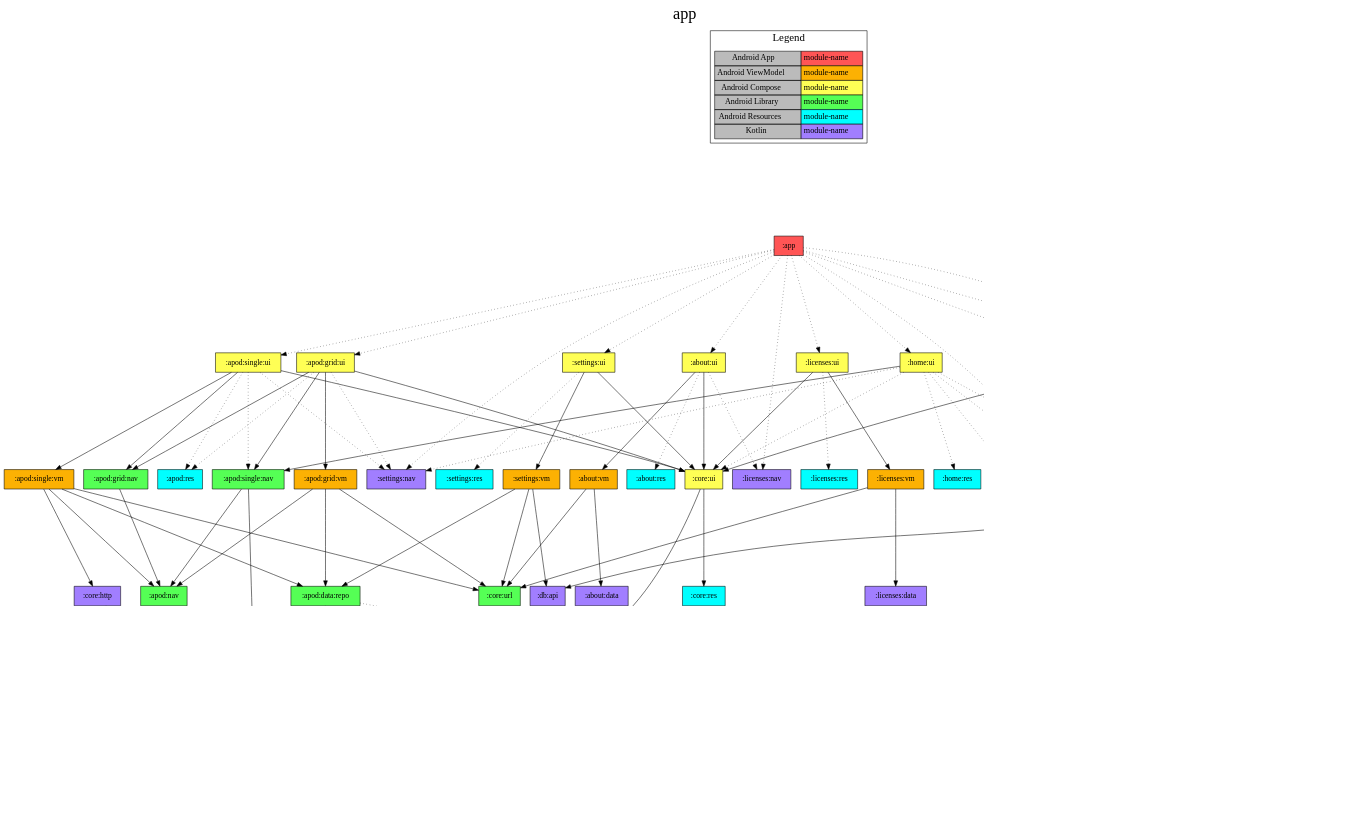
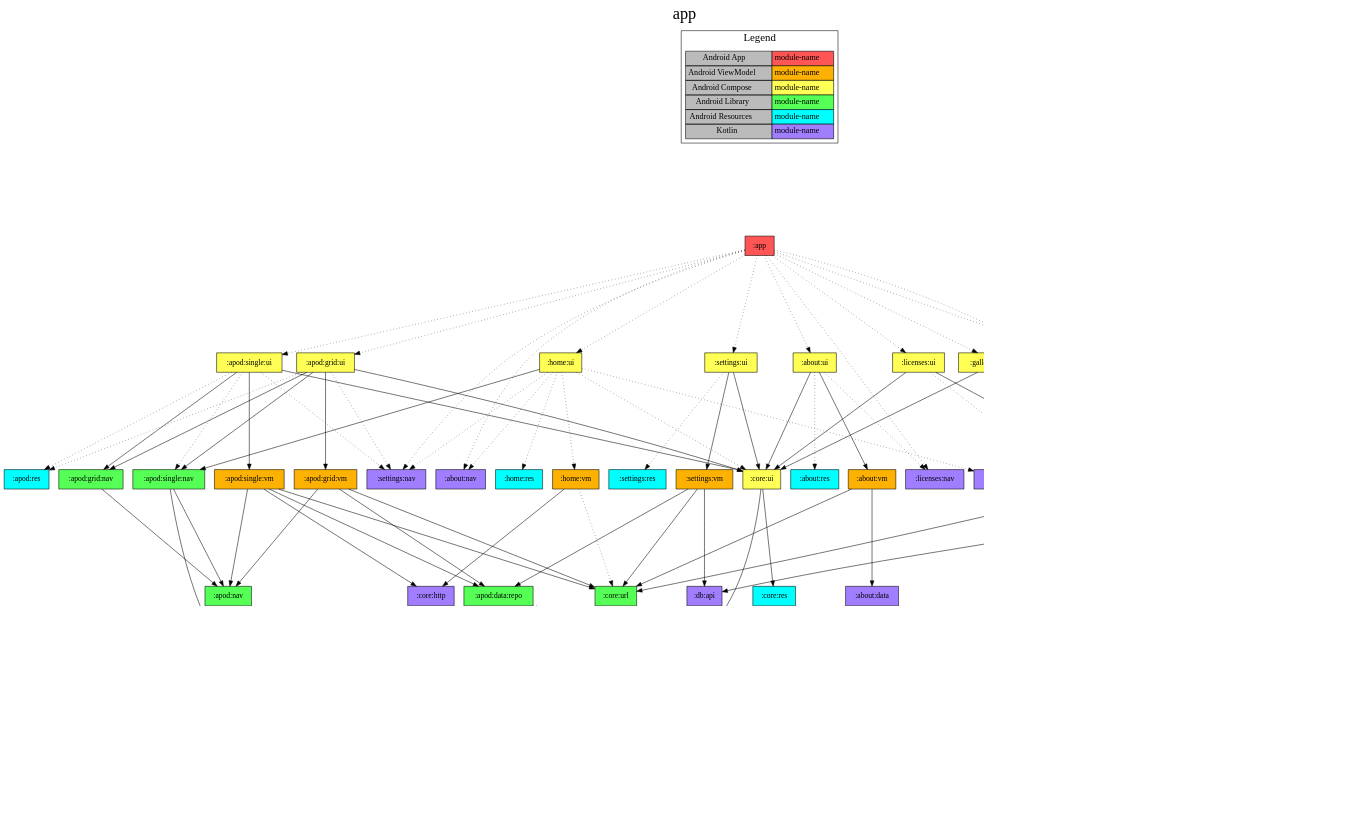
One commit to jonapoul/nasa-android changed the diagram in app/project-dependency-graph.dot. Above: the diagram before and after it, drawn with Graphviz. The commit also changed 19 other files, not shown here.

```diff
--- a/app/project-dependency-graph.dot
+++ b/app/project-dependency-graph.dot
@@ -1,147 +1,149 @@
 digraph {
 edge ["dir"="forward"]
 graph ["dpi"="100","label"="app","labelloc"="t","fontsize"="30","ranksep"="2.5","rankdir"="TB"]
 node ["style"="filled"]
 ":app" ["shape"="box","fillcolor"="#FF5555"]
 ":about:nav" ["fillcolor"="#A17EFF","shape"="box"]
 ":about:ui" ["fillcolor"="#FFFF55","shape"="box"]
 ":about:vm" ["fillcolor"="#FCB103","shape"="box"]
 ":about:data" ["fillcolor"="#A17EFF","shape"="box"]
 ":core:url" ["fillcolor"="#55FF55","shape"="box"]
 ":core:ui" ["fillcolor"="#FFFF55","shape"="box"]
 ":core:model" ["fillcolor"="#A17EFF","shape"="box"]
 ":core:res" ["fillcolor"="#00FFFF","shape"="box"]
 ":about:res" ["fillcolor"="#00FFFF","shape"="box"]
 ":licenses:nav" ["fillcolor"="#A17EFF","shape"="box"]
 ":apod:grid:ui" ["fillcolor"="#FFFF55","shape"="box"]
 ":apod:grid:nav" ["fillcolor"="#55FF55","shape"="box"]
 ":apod:nav" ["fillcolor"="#55FF55","shape"="box"]
 ":apod:grid:vm" ["fillcolor"="#FCB103","shape"="box"]
 ":apod:data:repo" ["fillcolor"="#55FF55","shape"="box"]
 ":apod:data:api" ["fillcolor"="#A17EFF","shape"="box"]
 ":apod:model" ["fillcolor"="#A17EFF","shape"="box"]
 ":db:apod" ["fillcolor"="#A17EFF","shape"="box"]
 ":apod:single:nav" ["fillcolor"="#55FF55","shape"="box"]
 ":apod:res" ["fillcolor"="#00FFFF","shape"="box"]
 ":settings:nav" ["fillcolor"="#A17EFF","shape"="box"]
 ":apod:single:ui" ["fillcolor"="#FFFF55","shape"="box"]
 ":apod:single:vm" ["fillcolor"="#FCB103","shape"="box"]
 ":core:http" ["fillcolor"="#A17EFF","shape"="box"]
 ":db:impl" ["fillcolor"="#55FF55","shape"="box"]
 ":db:api" ["fillcolor"="#A17EFF","shape"="box"]
 ":db:gallery" ["fillcolor"="#A17EFF","shape"="box"]
 ":gallery:model" ["fillcolor"="#A17EFF","shape"="box"]
 ":gallery:search:ui" ["fillcolor"="#FFFF55","shape"="box"]
 ":gallery:nav" ["fillcolor"="#A17EFF","shape"="box"]
 ":gallery:search:vm" ["fillcolor"="#FCB103","shape"="box"]
 ":gallery:data:repo" ["fillcolor"="#55FF55","shape"="box"]
 ":gallery:data:api" ["fillcolor"="#A17EFF","shape"="box"]
 ":gallery:res" ["fillcolor"="#00FFFF","shape"="box"]
 ":home:nav" ["fillcolor"="#A17EFF","shape"="box"]
 ":home:ui" ["fillcolor"="#FFFF55","shape"="box"]
 ":home:res" ["fillcolor"="#00FFFF","shape"="box"]
 ":home:vm" ["fillcolor"="#FCB103","shape"="box"]
 ":licenses:ui" ["fillcolor"="#FFFF55","shape"="box"]
 ":licenses:vm" ["fillcolor"="#FCB103","shape"="box"]
 ":licenses:data" ["fillcolor"="#A17EFF","shape"="box"]
 ":licenses:res" ["fillcolor"="#00FFFF","shape"="box"]
 ":settings:ui" ["fillcolor"="#FFFF55","shape"="box"]
 ":settings:vm" ["fillcolor"="#FCB103","shape"="box"]
 ":settings:res" ["fillcolor"="#00FFFF","shape"="box"]
 {
 edge ["dir"="none"]
 graph ["rank"="same"]
 ":app"
 }
 ":app" -> ":about:nav" ["style"="dotted"]
 ":app" -> ":about:ui" ["style"="dotted"]
 ":app" -> ":apod:grid:ui" ["style"="dotted"]
 ":app" -> ":apod:single:ui" ["style"="dotted"]
 ":app" -> ":db:impl" ["style"="dotted"]
 ":app" -> ":gallery:search:ui" ["style"="dotted"]
 ":app" -> ":home:nav" ["style"="dotted"]
 ":app" -> ":home:ui" ["style"="dotted"]
 ":app" -> ":licenses:nav" ["style"="dotted"]
 ":app" -> ":licenses:ui" ["style"="dotted"]
 ":app" -> ":settings:nav" ["style"="dotted"]
 ":app" -> ":settings:ui" ["style"="dotted"]
 ":about:ui" -> ":about:vm"
 ":about:ui" -> ":core:ui"
 ":about:ui" -> ":about:res" ["style"="dotted"]
 ":about:ui" -> ":licenses:nav" ["style"="dotted"]
 ":about:vm" -> ":about:data"
 ":about:vm" -> ":core:url"
 ":core:ui" -> ":core:model"
 ":core:ui" -> ":core:res"
 ":apod:grid:ui" -> ":apod:grid:nav"
 ":apod:grid:ui" -> ":apod:grid:vm"
 ":apod:grid:ui" -> ":apod:single:nav"
 ":apod:grid:ui" -> ":core:ui"
 ":apod:grid:ui" -> ":apod:res" ["style"="dotted"]
 ":apod:grid:ui" -> ":settings:nav" ["style"="dotted"]
 ":apod:grid:nav" -> ":apod:nav"
 ":apod:grid:vm" -> ":apod:data:repo"
 ":apod:grid:vm" -> ":apod:nav"
 ":apod:grid:vm" -> ":core:url"
 ":apod:data:repo" -> ":apod:data:api"
 ":apod:data:repo" -> ":db:apod" ["style"="dotted"]
 ":apod:data:api" -> ":apod:model"
 ":apod:data:api" -> ":core:model"
 ":apod:single:nav" -> ":apod:model"
 ":apod:single:nav" -> ":apod:nav"
 ":apod:single:ui" -> ":apod:grid:nav"
 ":apod:single:ui" -> ":apod:single:vm"
 ":apod:single:ui" -> ":core:ui"
 ":apod:single:ui" -> ":apod:res" ["style"="dotted"]
 ":apod:single:ui" -> ":apod:single:nav" ["style"="dotted"]
 ":apod:single:ui" -> ":settings:nav" ["style"="dotted"]
 ":apod:single:vm" -> ":apod:data:repo"
 ":apod:single:vm" -> ":apod:nav"
 ":apod:single:vm" -> ":core:http"
 ":apod:single:vm" -> ":core:url"
 ":core:http" -> ":core:model"
 ":db:impl" -> ":db:api"
 ":db:impl" -> ":db:apod"
 ":db:impl" -> ":db:gallery"
 ":db:gallery" -> ":gallery:model"
 ":gallery:search:ui" -> ":core:ui"
 ":gallery:search:ui" -> ":gallery:nav"
 ":gallery:search:ui" -> ":gallery:search:vm"
 ":gallery:search:ui" -> ":gallery:res" ["style"="dotted"]
 ":gallery:search:vm" -> ":gallery:data:repo"
 ":gallery:data:repo" -> ":db:gallery"
 ":gallery:data:repo" -> ":gallery:data:api"
 ":gallery:data:api" -> ":gallery:model"
 ":home:ui" -> ":apod:single:nav"
 ":home:ui" -> ":about:nav" ["style"="dotted"]
 ":home:ui" -> ":core:ui" ["style"="dotted"]
 ":home:ui" -> ":gallery:nav" ["style"="dotted"]
 ":home:ui" -> ":home:res" ["style"="dotted"]
 ":home:ui" -> ":home:vm" ["style"="dotted"]
 ":home:ui" -> ":settings:nav" ["style"="dotted"]
+":home:vm" -> ":core:http"
+":home:vm" -> ":core:url" ["style"="dotted"]
 ":licenses:ui" -> ":core:ui"
 ":licenses:ui" -> ":licenses:vm"
 ":licenses:ui" -> ":licenses:res" ["style"="dotted"]
 ":licenses:vm" -> ":core:url"
 ":licenses:vm" -> ":licenses:data"
 ":settings:ui" -> ":core:ui"
 ":settings:ui" -> ":settings:vm"
 ":settings:ui" -> ":settings:res" ["style"="dotted"]
 ":settings:vm" -> ":apod:data:repo"
 ":settings:vm" -> ":core:url"
 ":settings:vm" -> ":db:api"
 subgraph "cluster_legend" {
 edge ["dir"="none"]
 graph ["label"="Legend","fontsize"="20"]
 "Legend" ["style"="filled","fillcolor"="#bbbbbb","shape"="none","margin"="0","fontsize"="15","label"=<
 <TABLE BORDER="0" CELLBORDER="1" CELLSPACING="0" CELLPADDING="4">
 <TR><TD>Android App</TD><TD BGCOLOR="#FF5555">module-name</TD></TR>
 <TR><TD>Android ViewModel</TD><TD BGCOLOR="#FCB103">module-name</TD></TR>
 <TR><TD>Android Compose</TD><TD BGCOLOR="#FFFF55">module-name</TD></TR>
 <TR><TD>Android Library</TD><TD BGCOLOR="#55FF55">module-name</TD></TR>
 <TR><TD>Android Resources</TD><TD BGCOLOR="#00FFFF">module-name</TD></TR>
 <TR><TD>Kotlin</TD><TD BGCOLOR="#A17EFF">module-name</TD></TR>
 </TABLE>
 >]
 } -> ":app" ["style"="invis"]
 }
```
